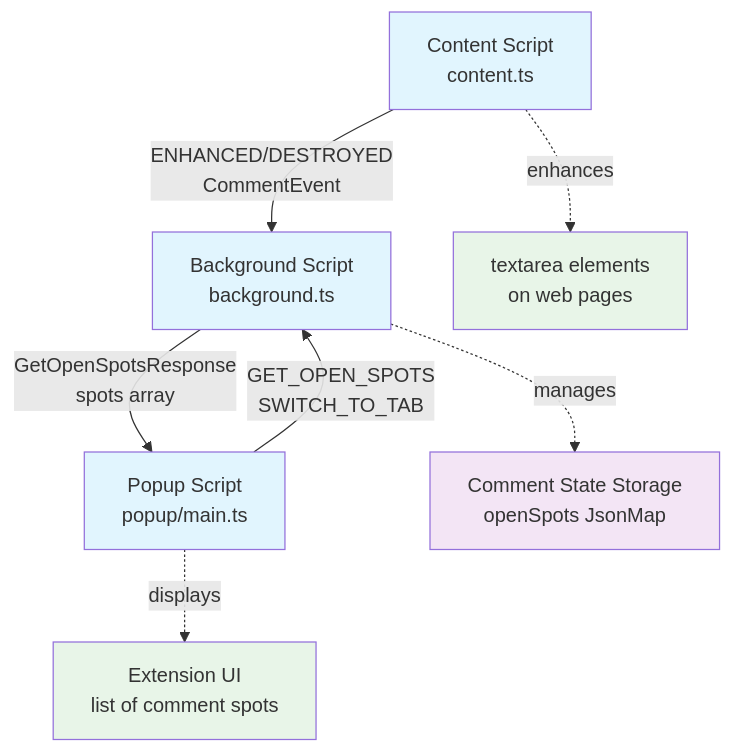
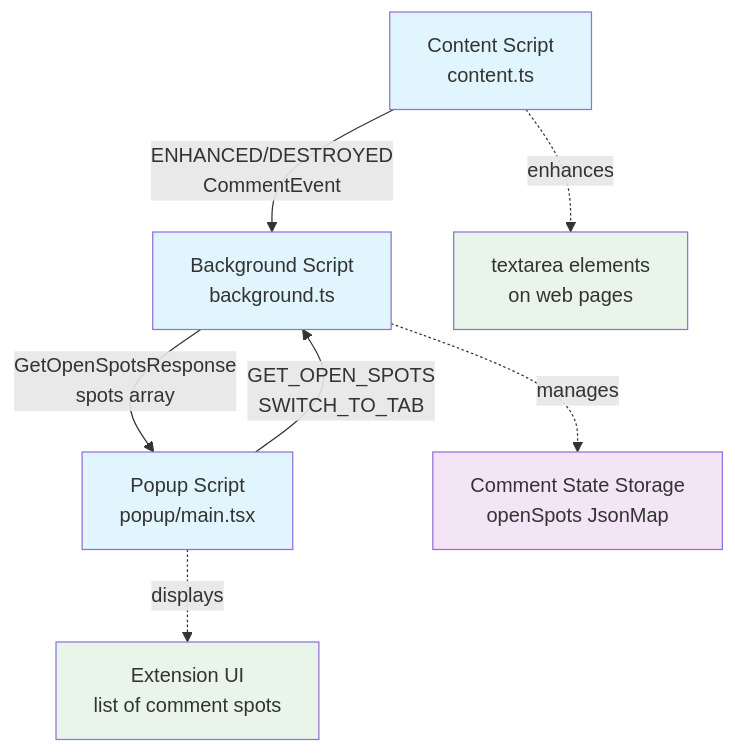
Before and after one commit to diffplug/gitcasso: the diagram in browser-extension/README.md, drawn with Mermaid. The commit also changed other lines of this file, not shown here.

````diff
--- a/browser-extension/README.md
+++ b/browser-extension/README.md
@@ -40,22 +49,22 @@
 ```mermaid
 graph TD
     Content[Content Script<br/>content.ts] 
     Background[Background Script<br/>background.ts]
-    Popup[Popup Script<br/>popup/main.ts]
+    Popup[Popup Script<br/>popup/main.tsx]
     
     Content -->|ENHANCED/DESTROYED<br/>CommentEvent| Background
     Popup -->|GET_OPEN_SPOTS<br/>SWITCH_TO_TAB| Background
     Background -->|GetOpenSpotsResponse<br/>spots array| Popup
     
     Background -.->|manages| Storage[Comment State Storage<br/>openSpots JsonMap]
     Content -.->|enhances| TextArea[textarea elements<br/>on web pages]
     Popup -.->|displays| UI[Extension UI<br/>list of comment spots]
     
     classDef entrypoint fill:#e1f5fe
     classDef storage fill:#f3e5f5
     classDef ui fill:#e8f5e8
     
     class Content,Background,Popup entrypoint
     class Storage storage
     class TextArea,UI ui
 ```
````
